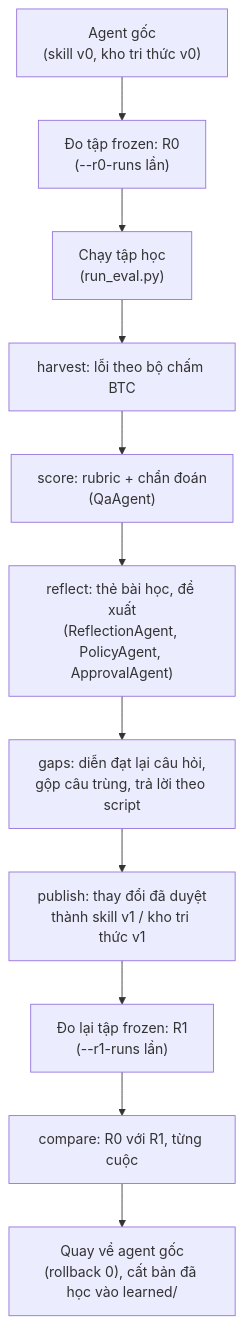
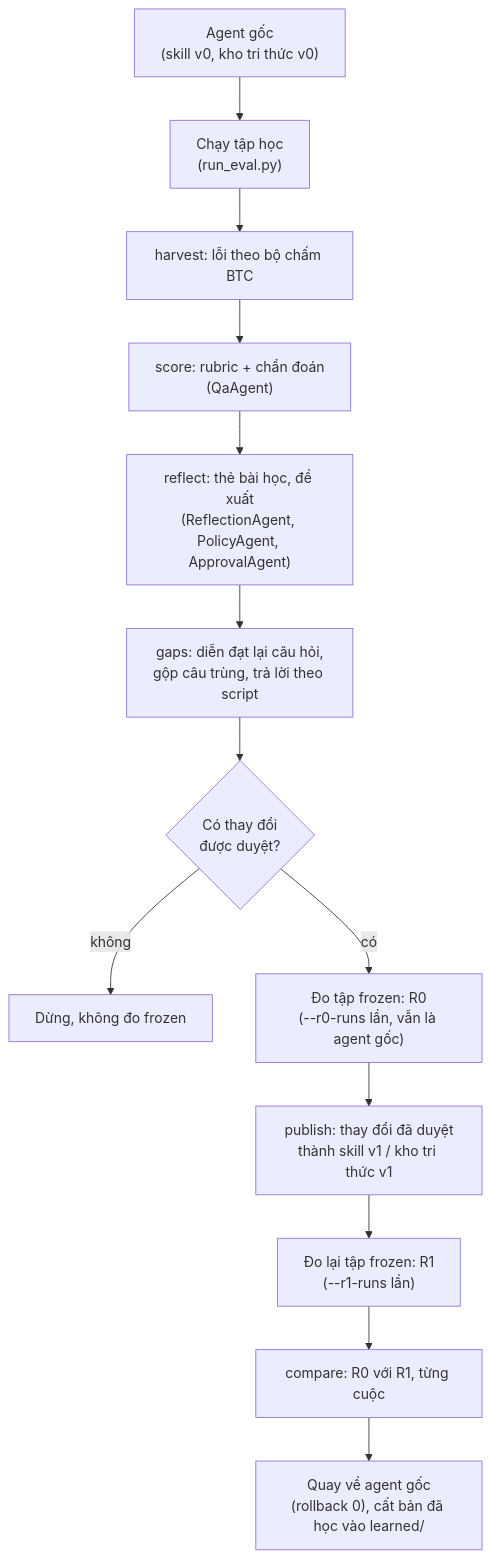
One commit to queenley/capstone_sudocode2026 changed the first of 3 diagrams in docs/ai/06-vong-cai-tien.md. Above: the diagram before and after it, drawn with Mermaid. The commit also changed other lines of this file and 52 other files, not shown here.

````diff
--- a/docs/ai/06-vong-cai-tien.md
+++ b/docs/ai/06-vong-cai-tien.md
@@ -18,13 +18,15 @@
 ```mermaid
 flowchart TD
-    S["Agent gốc<br/>(skill v0, kho tri thức v0)"] --> R0["Đo tập frozen: R0<br/>(--r0-runs lần)"]
-    R0 --> L["Chạy tập học<br/>(run_eval.py)"]
+    S["Agent gốc<br/>(skill v0, kho tri thức v0)"] --> L["Chạy tập học<br/>(run_eval.py)"]
     L --> H["harvest: lỗi theo bộ chấm BTC"]
     H --> SC["score: rubric + chẩn đoán<br/>(QaAgent)"]
     SC --> RF["reflect: thẻ bài học, đề xuất<br/>(ReflectionAgent, PolicyAgent, ApprovalAgent)"]
     RF --> G["gaps: diễn đạt lại câu hỏi,<br/>gộp câu trùng, trả lời theo script"]
-    G --> P["publish: thay đổi đã duyệt<br/>thành skill v1 / kho tri thức v1"]
+    G --> Q{"Có thay đổi<br/>được duyệt?"}
+    Q -- "không" --> E["Dừng, không đo frozen"]
+    Q -- "có" --> R0["Đo tập frozen: R0<br/>(--r0-runs lần, vẫn là agent gốc)"]
+    R0 --> P["publish: thay đổi đã duyệt<br/>thành skill v1 / kho tri thức v1"]
     P --> R1["Đo lại tập frozen: R1<br/>(--r1-runs lần)"]
     R1 --> C["compare: R0 với R1, từng cuộc"]
     C --> B["Quay về agent gốc<br/>(rollback 0), cất bản đã học vào learned/"]
 ```
````
